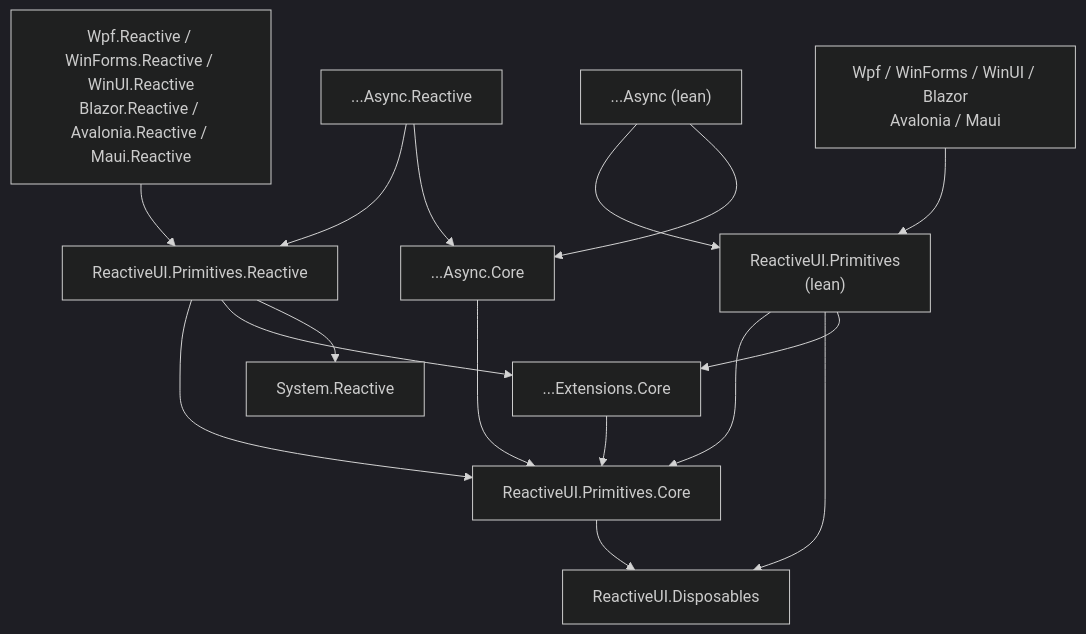
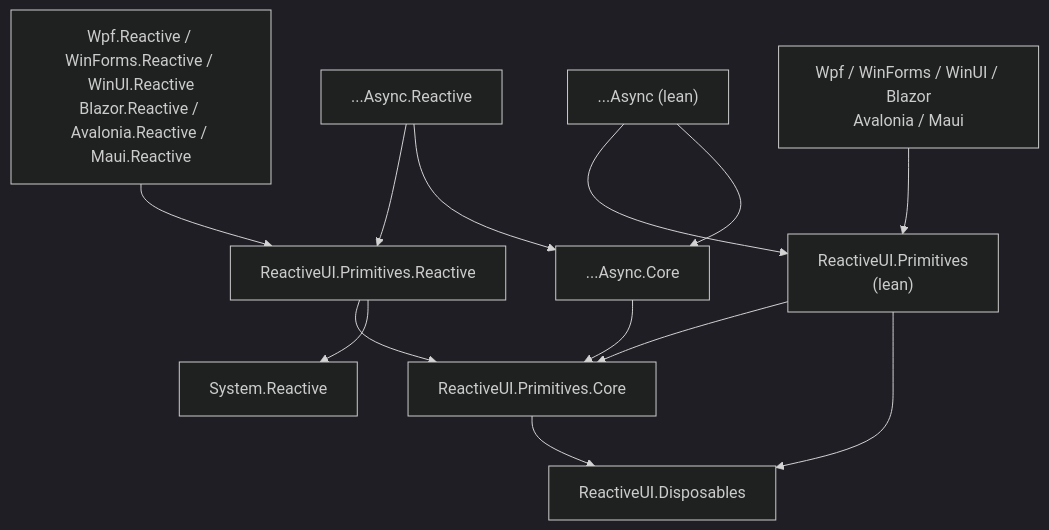
The diagram in README.md (reactiveui/Primitives), drawn with Mermaid (dark theme) before and after one commit. The commit also changed other lines of this file and 1 other file, not shown here.

````diff
--- a/README.md
+++ b/README.md
@@ -234,30 +231,26 @@
 ```mermaid
 graph TD
     SR["System.Reactive"]
     Disp["ReactiveUI.Disposables"]
     Core["ReactiveUI.Primitives.Core"]
     Prim["ReactiveUI.Primitives<br/>(lean)"]
     Rx["ReactiveUI.Primitives.Reactive"]
     AsyncCore["...Async.Core"]
     Async["...Async (lean)"]
     AsyncRx["...Async.Reactive"]
-    ExtCore["...Extensions.Core"]
     Plat["Wpf / WinForms / WinUI / Blazor<br/>Avalonia / Maui"]
     PlatRx["Wpf.Reactive / WinForms.Reactive / WinUI.Reactive<br/>Blazor.Reactive / Avalonia.Reactive / Maui.Reactive"]
 
     Core --> Disp
     Prim --> Core
     Prim --> Disp
-    Prim --> ExtCore
     Rx --> Core
-    Rx --> ExtCore
     Rx --> SR
     AsyncCore --> Core
     Async --> Prim
     Async --> AsyncCore
     AsyncRx --> Rx
     AsyncRx --> AsyncCore
-    ExtCore --> Core
     Plat --> Prim
     PlatRx --> Rx
 ```
````
